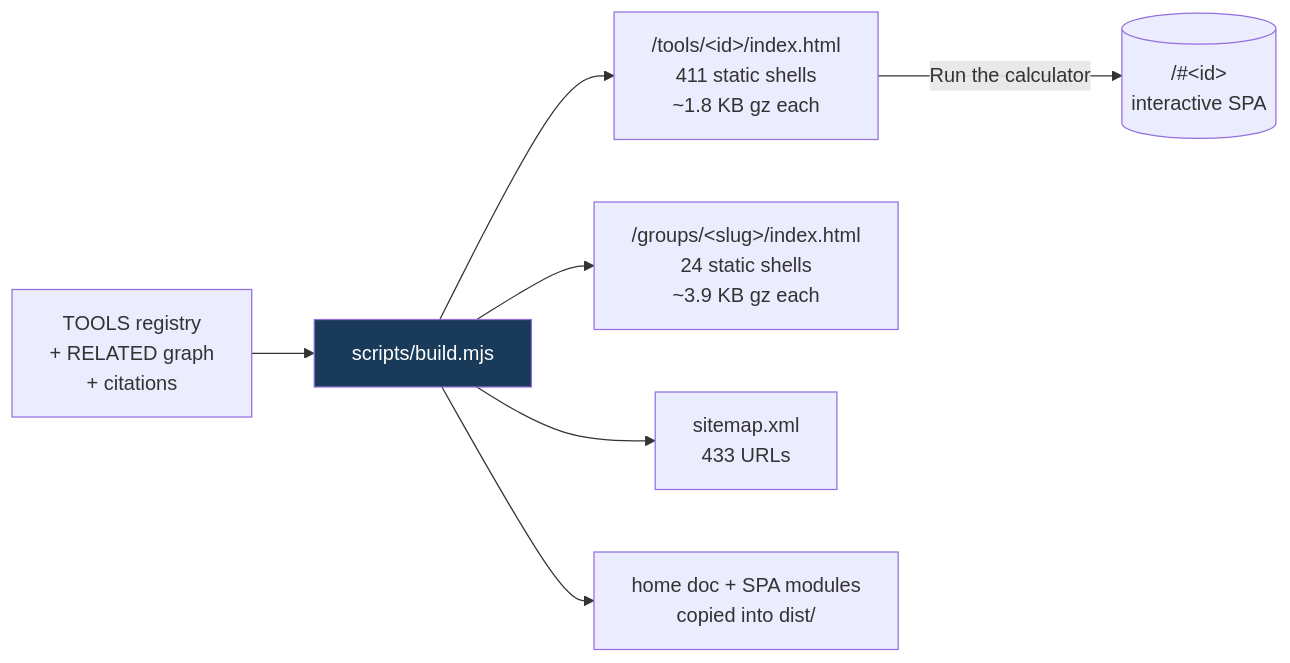
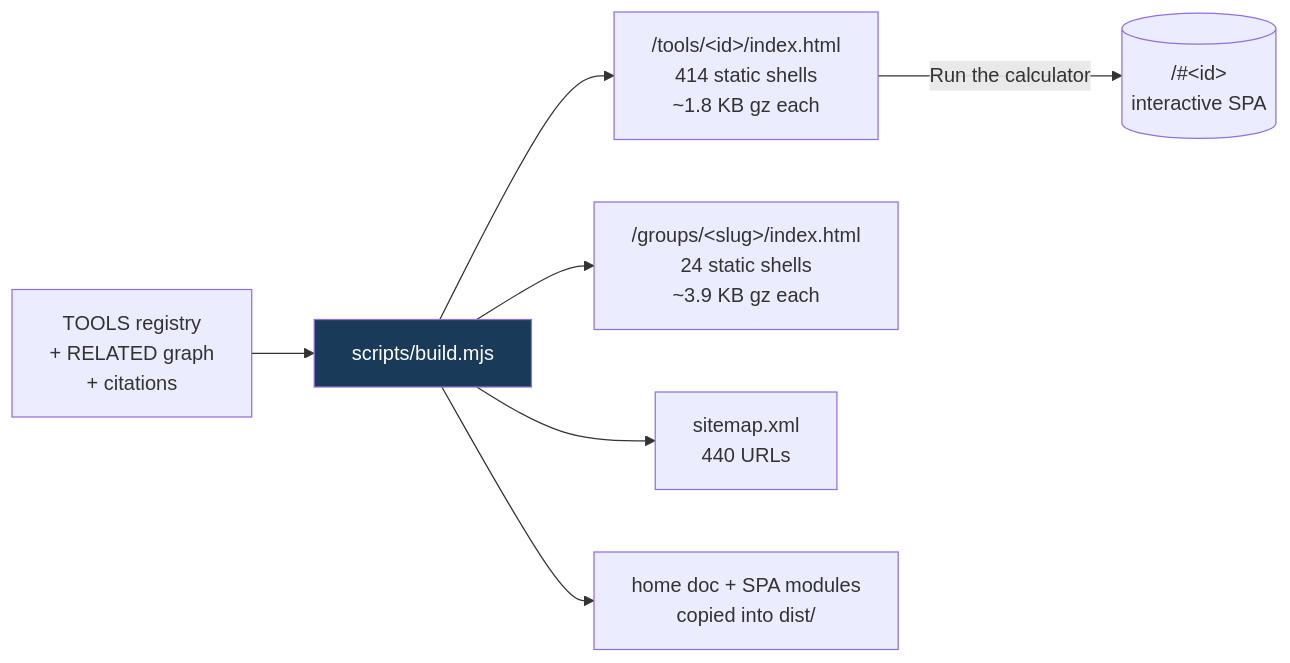
Before and after one commit to clay-good/roughlogic.com: the third of 5 diagrams in README.md, drawn with Mermaid. The commit also changed other lines of this file and 15 other files, not shown here.

````diff
--- a/README.md
+++ b/README.md
@@ -182,10 +182,10 @@
 ```mermaid
 flowchart LR
     SRC[TOOLS registry\n+ RELATED graph\n+ citations] --> BUILD[scripts/build.mjs]
-    BUILD --> TILE["/tools/&lt;id&gt;/index.html\n411 static shells\n~1.8 KB gz each"]
+    BUILD --> TILE["/tools/&lt;id&gt;/index.html\n414 static shells\n~1.8 KB gz each"]
     BUILD --> GROUP["/groups/&lt;slug&gt;/index.html\n24 static shells\n~3.9 KB gz each"]
-    BUILD --> MAP["sitemap.xml\n433 URLs"]
+    BUILD --> MAP["sitemap.xml\n440 URLs"]
     BUILD --> COPY[home doc + SPA modules\ncopied into dist/]
     TILE -->|Run the calculator| SPA[("/#&lt;id&gt;\ninteractive SPA")]
     style BUILD fill:#1a3a5a,color:#fff
 ```
````
